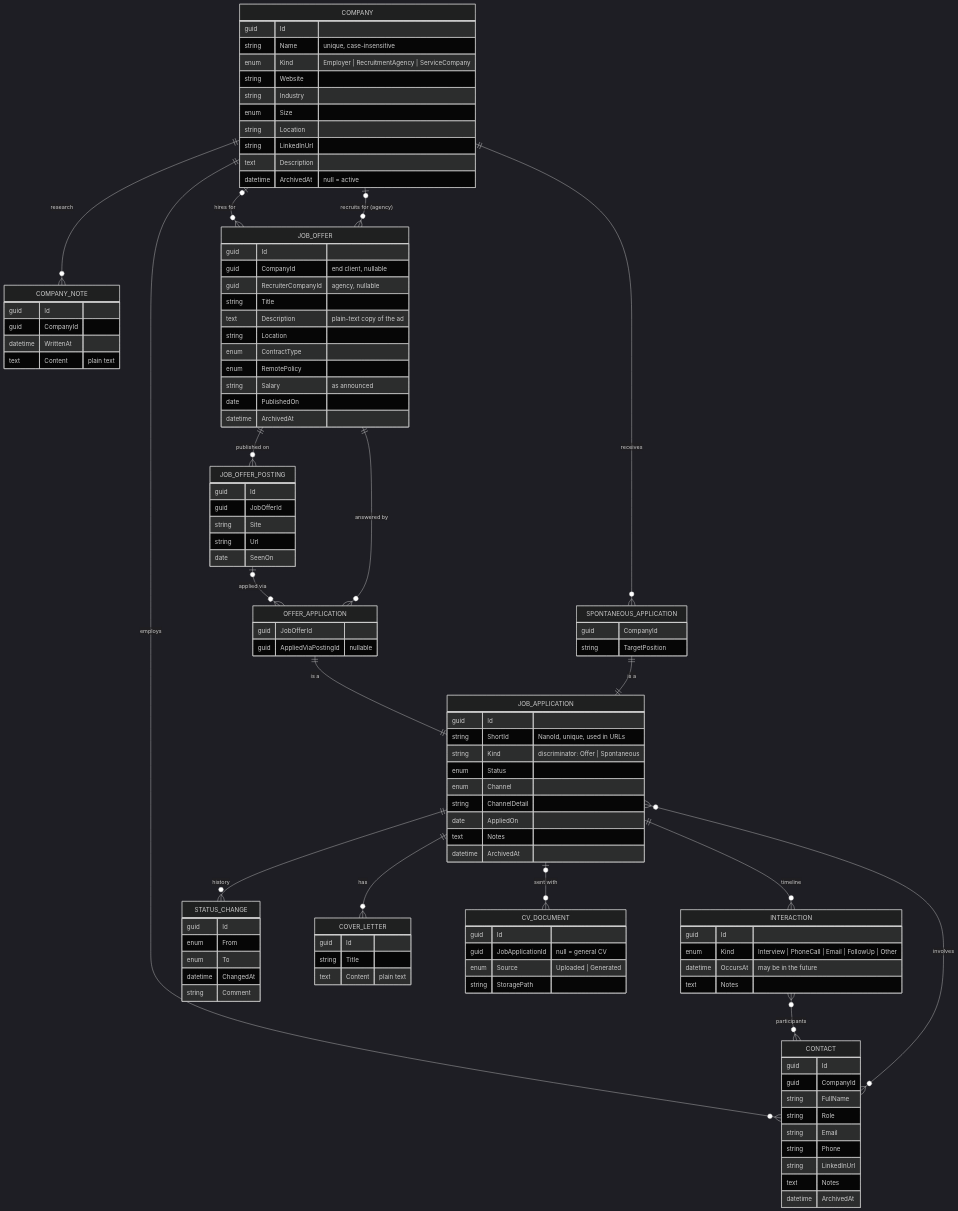
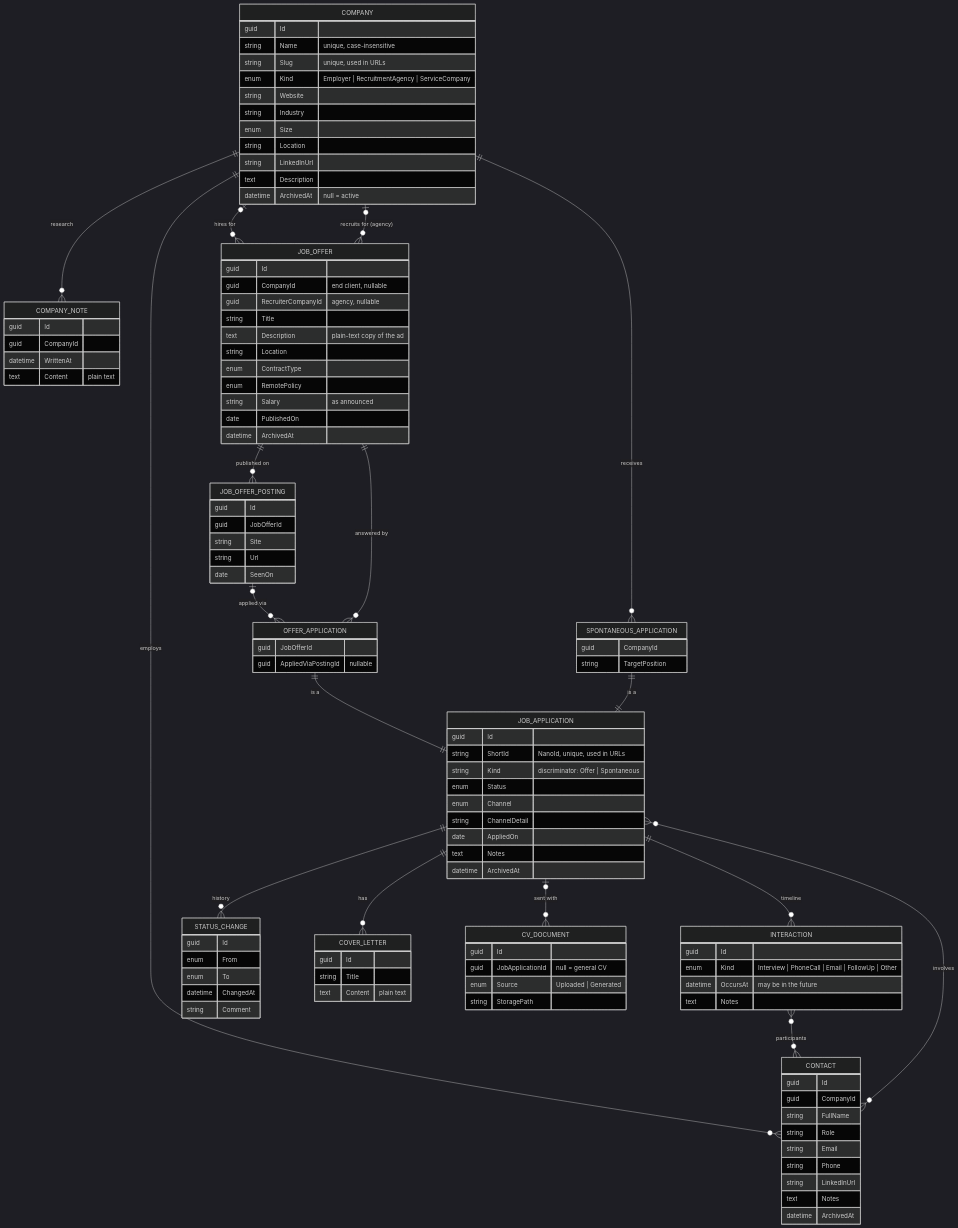
One commit to Kevin-HESSE/Ambio changed the diagram in docs/data-model.md. Above: the diagram before and after it, drawn with Mermaid (dark theme). The commit also changed other lines of this file and 7 other files, not shown here.

Commit message:
docs: document the company slug urls

```diff
--- a/docs/data-model.md
+++ b/docs/data-model.md
@@ -30,6 +30,7 @@
     COMPANY {
         guid Id
         string Name "unique, case-insensitive"
+        string Slug "unique, used in URLs"
         enum Kind "Employer | RecruitmentAgency | ServiceCompany"
         string Website
         string Industry
```
